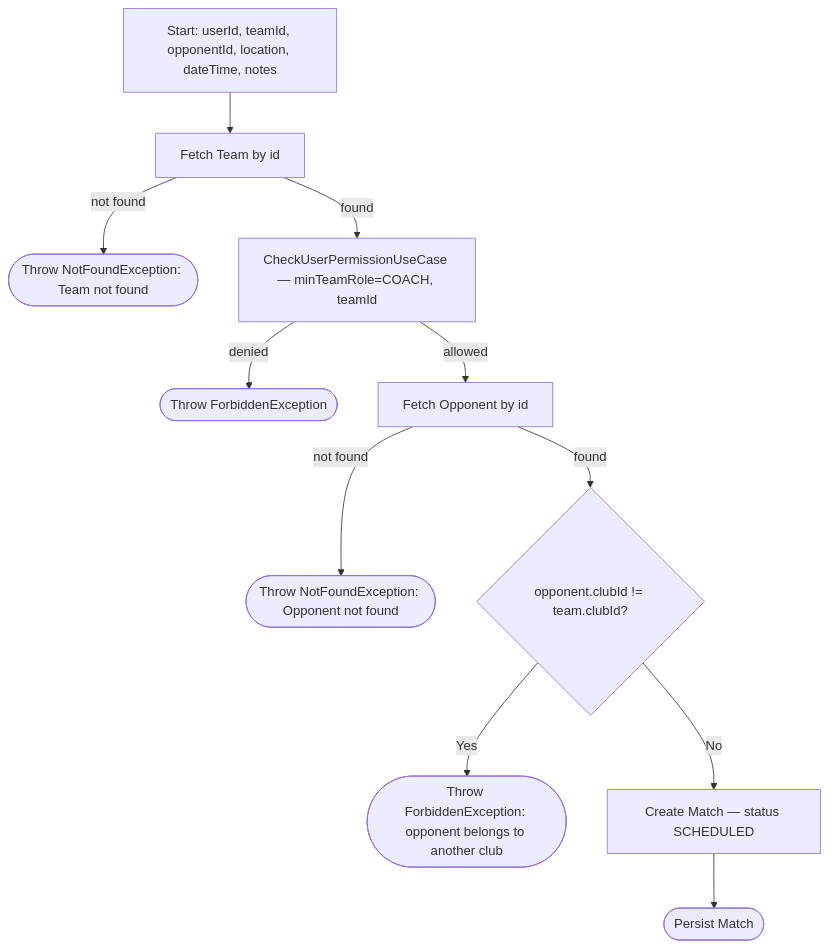
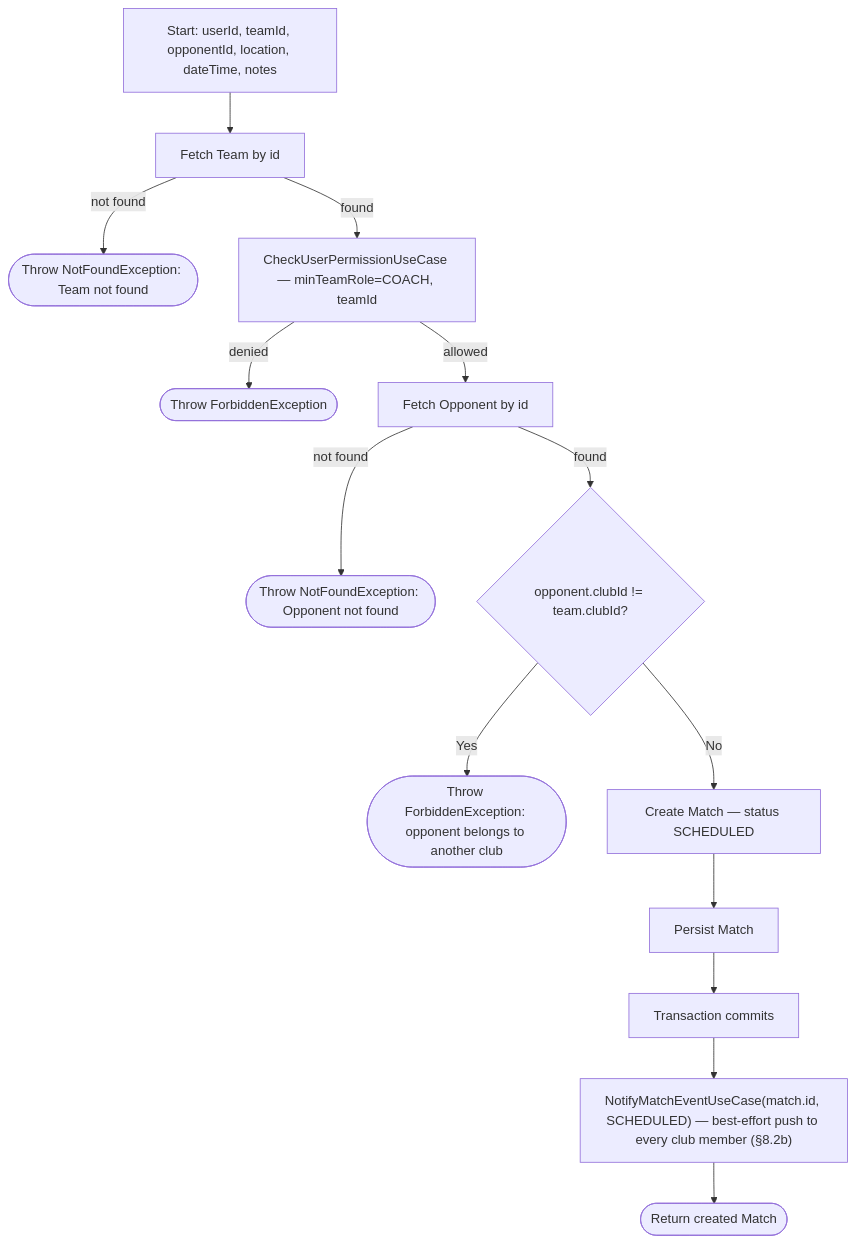
One commit to ricardofrango/squadify changed diagram 33 of 48 in PROCESS_FLOWS.md. Above: the diagram before and after it, drawn with Mermaid. The commit also changed other lines of this file and 19 other files, not shown here.

````diff
--- a/PROCESS_FLOWS.md
+++ b/PROCESS_FLOWS.md
@@ -703,13 +703,16 @@
 ```mermaid
 graph TD
     A[Start: userId, teamId, opponentId, location, dateTime, notes] --> B[Fetch Team by id]
     B -- not found --> N1(["Throw NotFoundException: Team not found"])
     B -- found --> C[CheckUserPermissionUseCase — minTeamRole=COACH, teamId]
     C -- denied --> F(["Throw ForbiddenException"])
     C -- allowed --> D[Fetch Opponent by id]
     D -- not found --> N2(["Throw NotFoundException: Opponent not found"])
     D -- found --> E{opponent.clubId != team.clubId?}
     E -- Yes --> FB(["Throw ForbiddenException: opponent belongs to another club"])
     E -- No --> G[Create Match — status SCHEDULED]
-    G --> Z(["Persist Match"])
+    G --> H[Persist Match]
+    H --> I["Transaction commits"]
+    I --> J["NotifyMatchEventUseCase(match.id, SCHEDULED) — best-effort push to every club member (§8.2b)"]
+    J --> Z(["Return created Match"])
 ```
````
